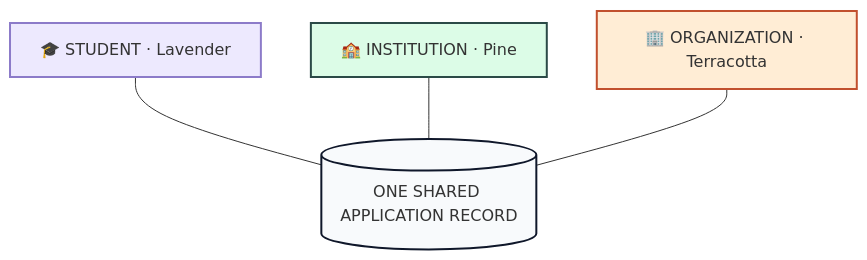
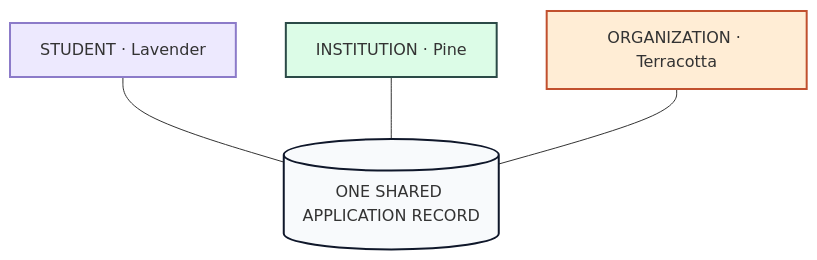
Before and after one commit to ayushjha-dev/RISE: the second of 7 diagrams in README.md, drawn with Mermaid. The commit also changed other lines of this file, not shown here.

````diff
--- a/README.md
+++ b/README.md
@@ -171,10 +171,10 @@
 ```mermaid
 flowchart TB
-    S["🎓 STUDENT · Lavender"] --- R[("ONE SHARED APPLICATION RECORD")]
-    I["🏫 INSTITUTION · Pine"] --- R
-    O["🏢 ORGANIZATION · Terracotta"] --- R
+    S["STUDENT · Lavender"] --- R[("ONE SHARED APPLICATION RECORD")]
+    I["INSTITUTION · Pine"] --- R
+    O["ORGANIZATION · Terracotta"] --- R
     style S fill:#ede9fe,stroke:#8c7bc9,stroke-width:2px
     style I fill:#dcfce7,stroke:#2b4a47,stroke-width:2px
     style O fill:#ffedd5,stroke:#c1502e,stroke-width:2px
     style R fill:#f8fafc,stroke:#0f172a,stroke-width:2px
 ```
````
